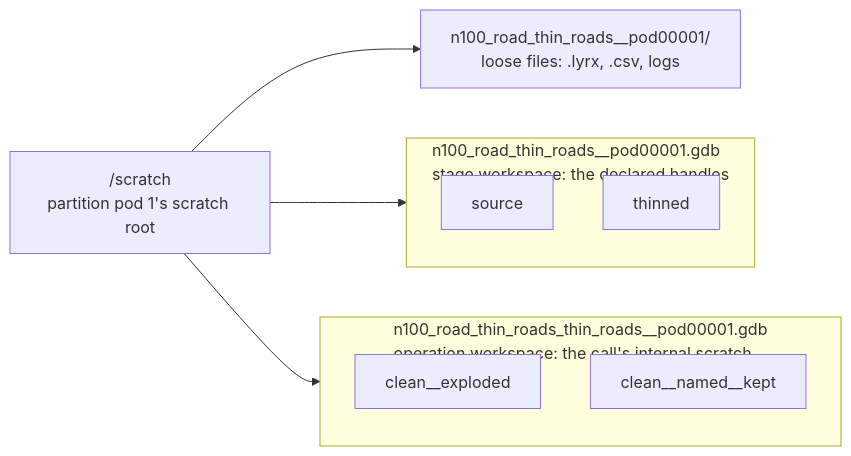
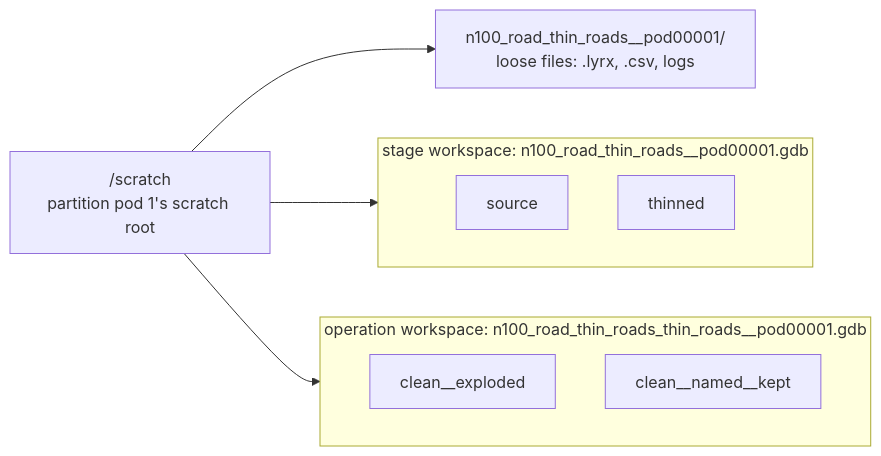
The second of 5 diagrams in docs/user_guide/scratch.md (kartverket/automatisk-generalisering), drawn with Mermaid before and after one commit. The commit also changed other lines of this file, not shown here.

Commit message:
Scratch guide: mermaide layout change

````diff
--- a/docs/user_guide/scratch.md
+++ b/docs/user_guide/scratch.md
@@ -51,15 +51,15 @@
 ```mermaid
 flowchart LR
     root["/scratch<br/>partition pod 1's scratch root"]
     root --> stage
     root --> loose["n100_road_thin_roads__pod00001/<br/>loose files: .lyrx, .csv, logs"]
     root --> op
-    subgraph stage["n100_road_thin_roads__pod00001.gdb<br/>stage workspace: the declared handles"]
+    subgraph stage["stage workspace: n100_road_thin_roads__pod00001.gdb"]
         source["source"]
         thinned["thinned"]
     end
-    subgraph op["n100_road_thin_roads_thin_roads__pod00001.gdb<br/>operation workspace: the call's internal scratch"]
+    subgraph op["operation workspace: n100_road_thin_roads_thin_roads__pod00001.gdb"]
         exploded["clean__exploded"]
         kept["clean__named__kept"]
     end
 ```
````
